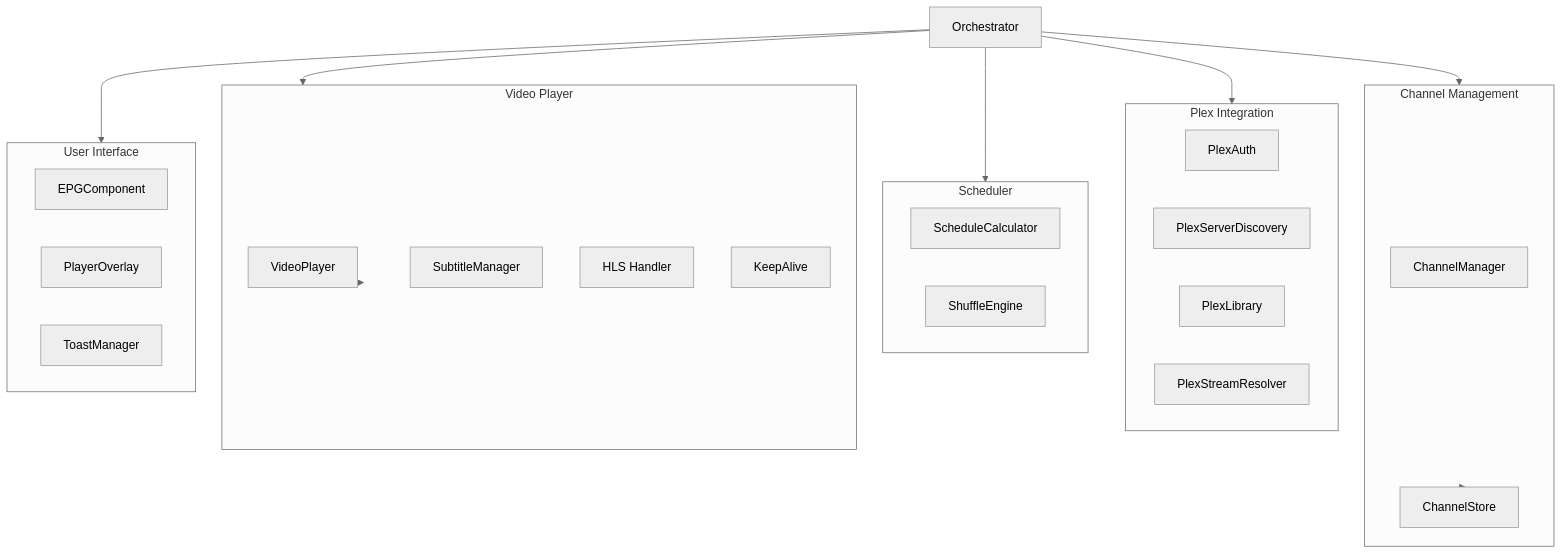
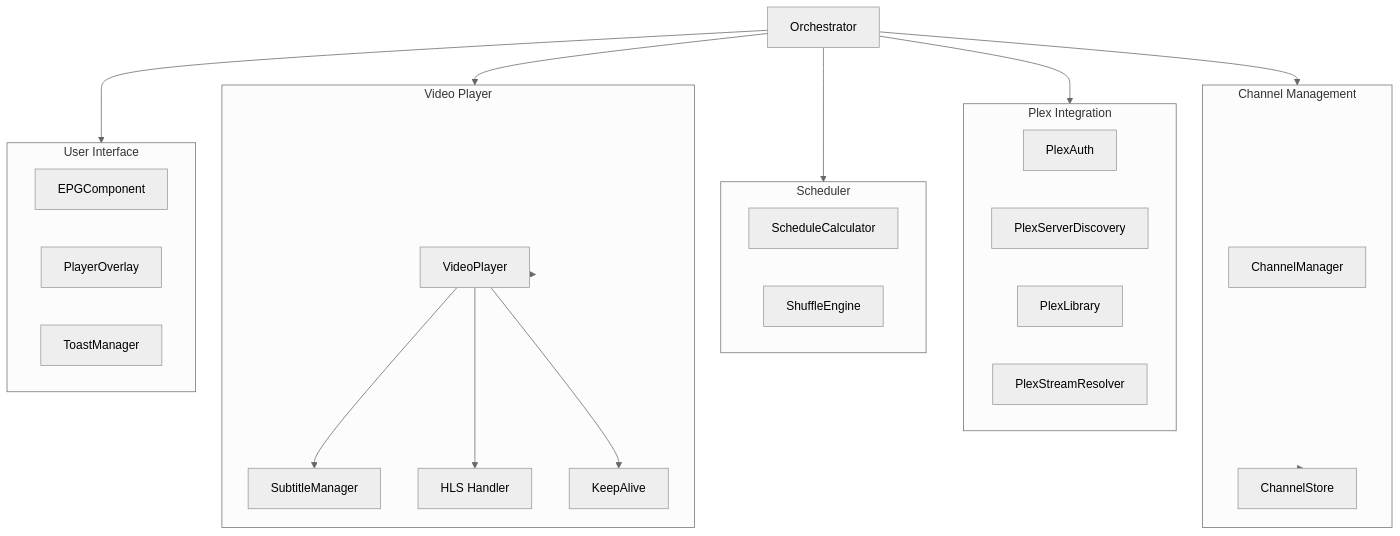
One commit to TJZine/Lineup changed the diagram in docs/architecture/modules.md. Above: the diagram before and after it, drawn with Mermaid (neutral theme). The commit also changed other lines of this file and 5 other files, not shown here.

````diff
--- a/docs/architecture/modules.md
+++ b/docs/architecture/modules.md
@@ -5,41 +5,44 @@
 ```mermaid
 flowchart TD
     subgraph Plex["Plex Integration"]
         PA[PlexAuth]
         PD[PlexServerDiscovery]
         PL[PlexLibrary]
         PS[PlexStreamResolver]
     end
     
     subgraph Channels["Channel Management"]
         CM[ChannelManager]
         CS[ChannelStore]
     end
     
     subgraph Scheduler["Scheduler"]
         SC[ScheduleCalculator]
         SE[ShuffleEngine]
     end
     
     subgraph Player["Video Player"]
         VP[VideoPlayer]
         SM[SubtitleManager]
         HLS[HLS Handler]
         KA[KeepAlive]
     end
     
     subgraph UI["User Interface"]
         EPG[EPGComponent]
         PO[PlayerOverlay]
         TM[ToastManager]
     end
     
     O[Orchestrator] --> Plex
     O --> Channels
     O --> Scheduler
     O --> Player
     O --> UI
     
     Channels --> CS
     Player --> VP
+    VP --> SM
+    VP --> HLS
+    VP --> KA
 ```
````
